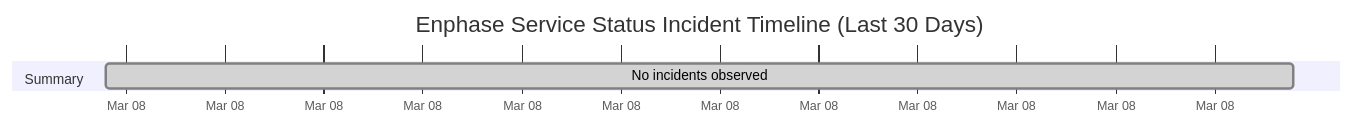
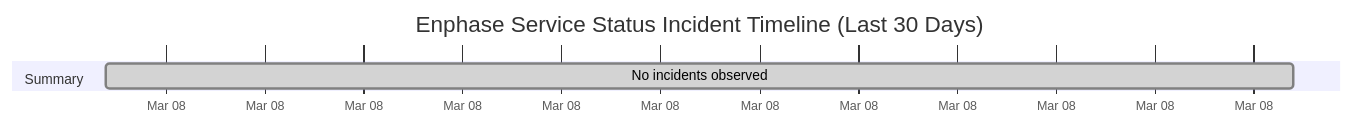
The diagram in wiki/Service-Status-History.md (barneyonline/ha-enphase-ev-charger), drawn with Mermaid before and after one commit. The commit also changed other lines of this file and 3 other files, not shown here.

````diff
--- a/wiki/Service-Status-History.md
+++ b/wiki/Service-Status-History.md
@@ -14,8 +14,8 @@
 ```mermaid
 gantt
     title Enphase Service Status Incident Timeline (Last 30 Days)
     dateFormat  YYYY-MM-DDTHH:mm:ss
     axisFormat  %b %d
     section Summary
-    No incidents observed :done, 2026-03-08T20:15:39, 1m
+    No incidents observed :done, 2026-03-08T21:14:37, 1m
 ```
````
